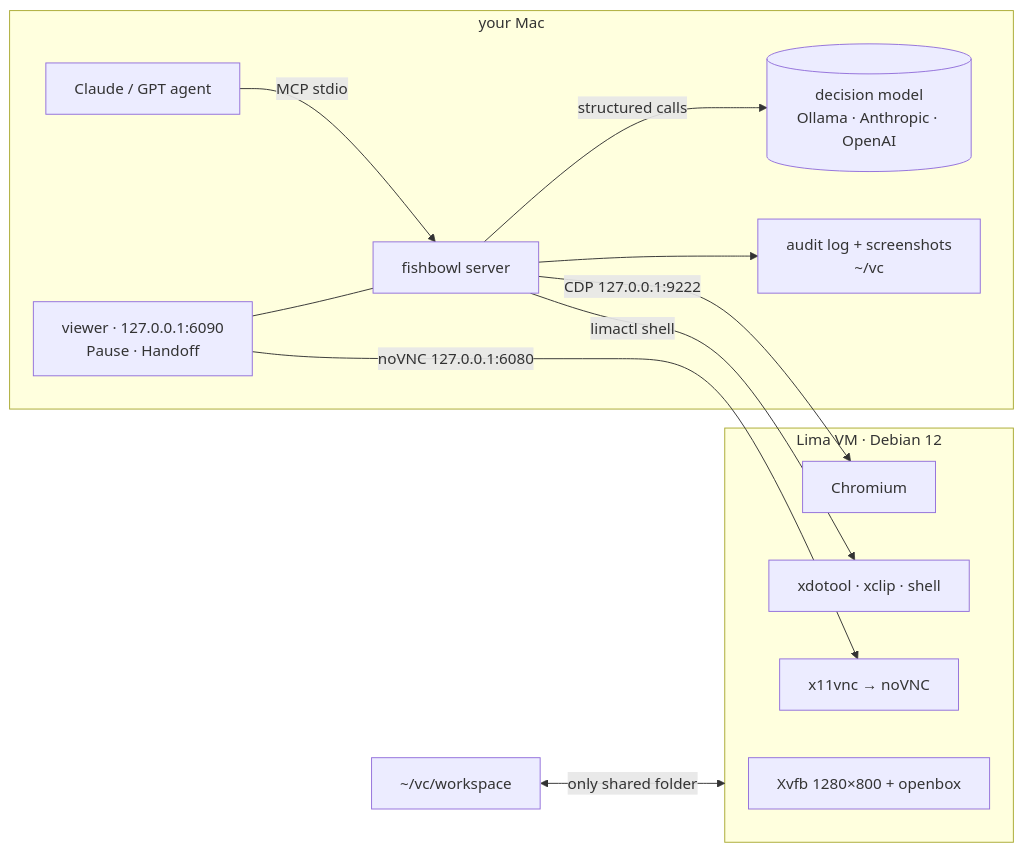
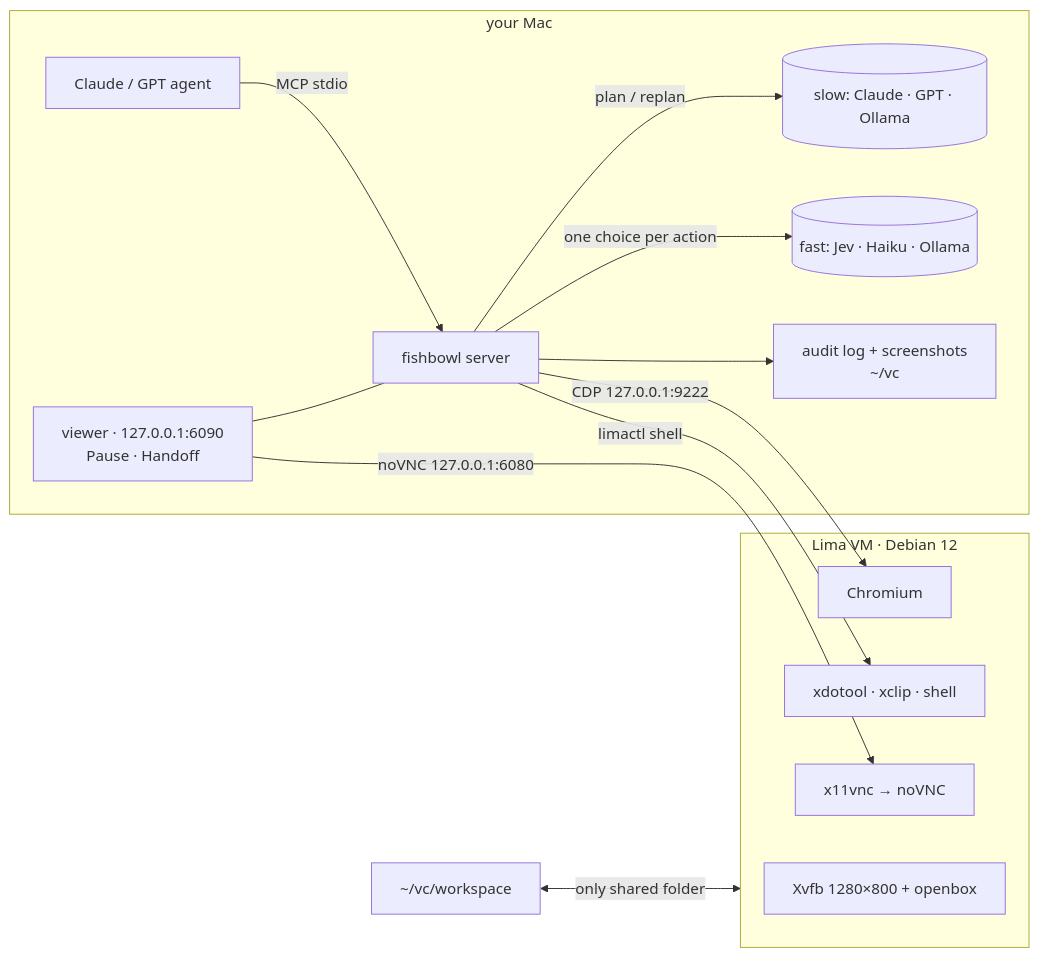
One commit to ericwang915/fishbowl changed the diagram in README.md. Above: the diagram before and after it, drawn with Mermaid. The commit also changed other lines of this file and 23 other files, not shown here.

First line of the commit message:
Fast and slow thinking: Claude plans, Jev executes

````diff
--- a/README.md
+++ b/README.md
@@ -169,19 +178,20 @@
 ```mermaid
 flowchart LR
   subgraph Mac["your Mac"]
     A["Claude / GPT agent"] -- "MCP stdio" --> S["fishbowl server"]
-    S -- "structured calls" --> M[("decision model<br/>Ollama · Anthropic · OpenAI")]
+    S -- "plan / replan" --> P[("slow: Claude · GPT · Ollama")]
+    S -- "one choice per action" --> M[("fast: Jev · Haiku · Ollama")]
     S --> L["audit log + screenshots<br/>~/vc"]
     V["viewer · 127.0.0.1:6090<br/>Pause · Handoff"] --- S
   end
   subgraph VM["Lima VM · Debian 12"]
     X["Xvfb 1280×800 + openbox"]
     C["Chromium"]
     N["x11vnc → noVNC"]
     D["xdotool · xclip · shell"]
   end
   S -- "CDP 127.0.0.1:9222" --> C
   S -- "limactl shell" --> D
   V -- "noVNC 127.0.0.1:6080" --> N
   W["~/vc/workspace"] <-- "only shared folder" --> VM
 ```
````
